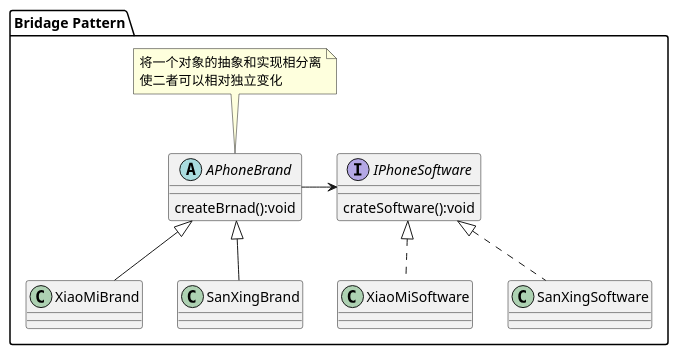
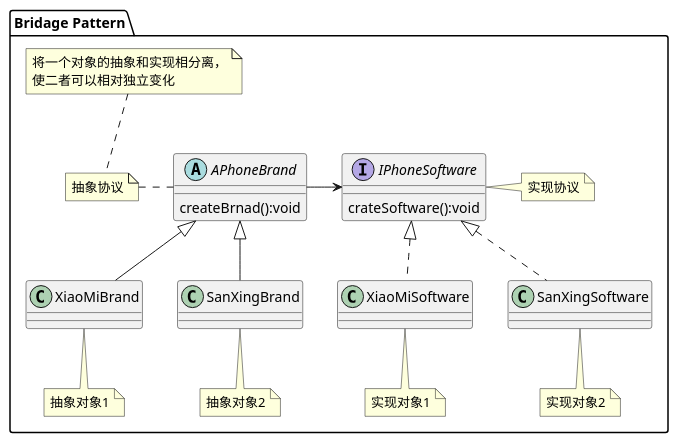
The diagram in lib_design_pattern/src/main/java/com/mxdl/desigin/pattern/structure/a06_bridge/uml/Bridage.puml (mxdldev/java-design-pattern), drawn with PlantUML before and after one commit. The commit also changed 28 other files, not shown here.

```diff
--- a/lib_design_pattern/src/main/java/com/mxdl/desigin/pattern/structure/a06_bridge/uml/Bridage.puml
+++ b/lib_design_pattern/src/main/java/com/mxdl/desigin/pattern/structure/a06_bridge/uml/Bridage.puml
@@ -1,18 +1,32 @@
 @startuml
+skinparam classAttributeIconSize 0
 package "Bridage Pattern"{
     abstract class APhoneBrand{
         createBrnad():void
     }
-    note top:将一个对象的抽象和实现相分离\n使二者可以相对独立变化
+    note left:抽象协议
+    note top:将一个对象的抽象和实现相分离，\n使二者可以相对独立变化
     interface IPhoneSoftware {
         crateSoftware():void
     }
+    note right:实现协议
     APhoneBrand ->IPhoneSoftware
+    class XiaoMiBrand
+    note bottom:抽象对象1
     class XiaoMiBrand extends APhoneBrand
+
+   class XiaoMiSoftware
+   note bottom:实现对象1
     class XiaoMiSoftware implements IPhoneSoftware
+
+    class SanXingBrand
+    note bottom:抽象对象2
     class SanXingBrand extends APhoneBrand
+
+    class SanXingSoftware
+    note bottom:实现对象2
     class SanXingSoftware implements IPhoneSoftware
 
 
 }
 @enduml
```
